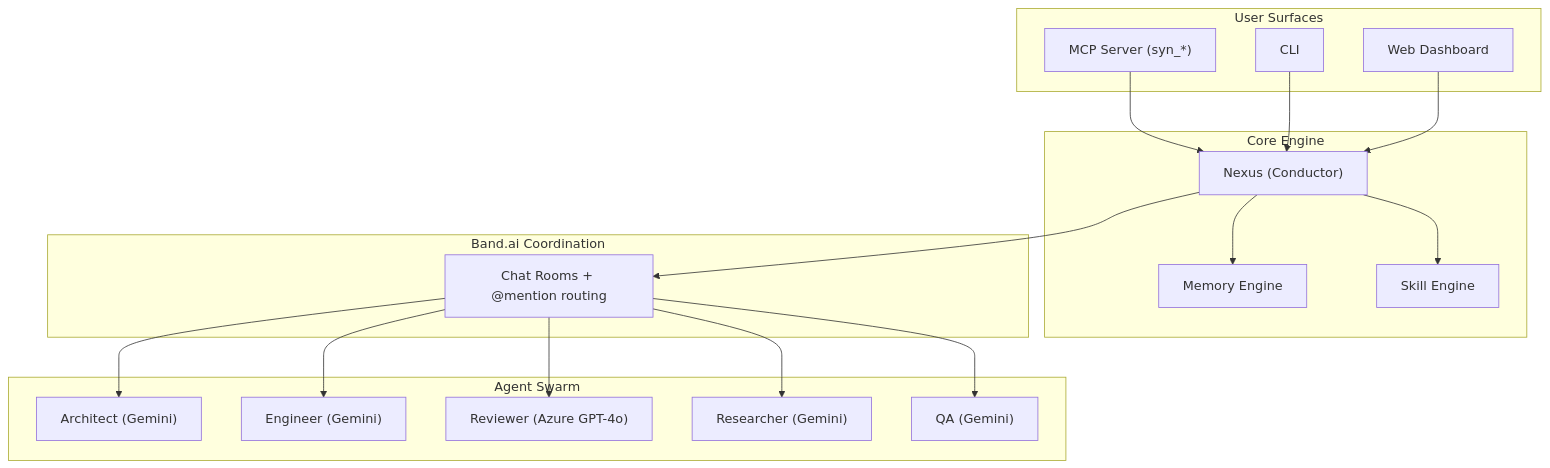
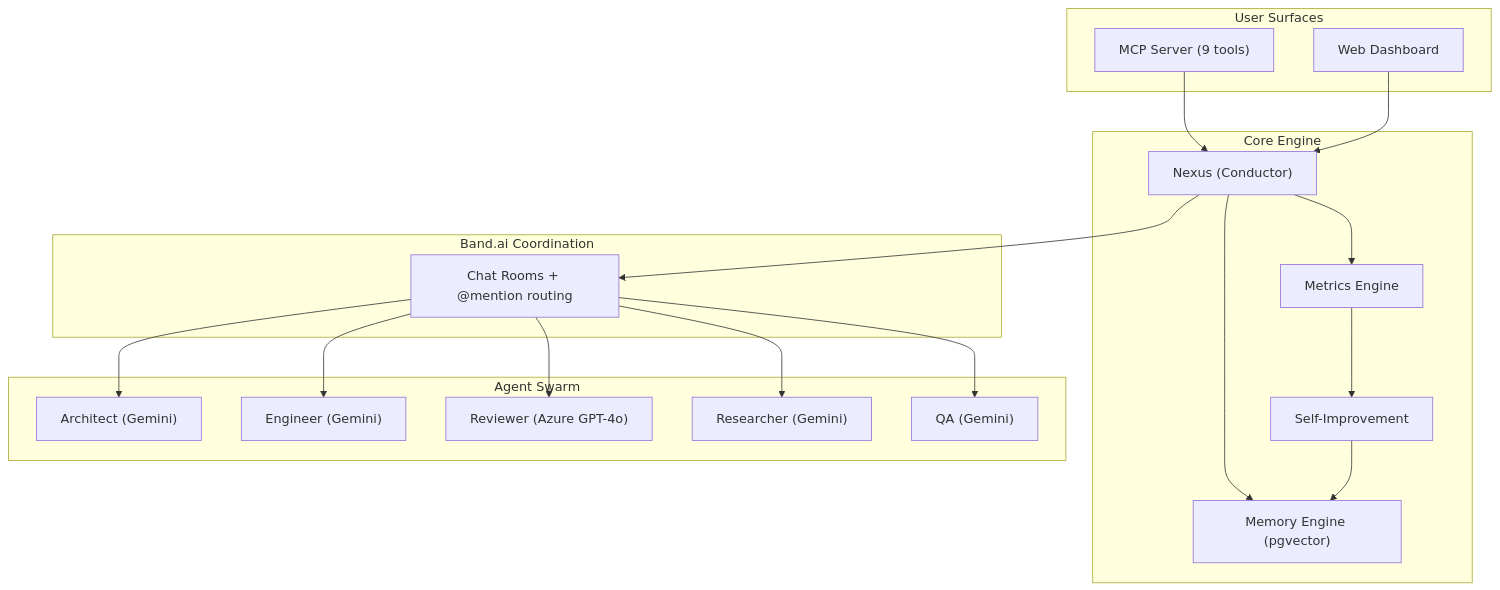
The first of 3 diagrams in README.md (Adit-Jain-srm/Vibe-Syndicate), drawn with Mermaid before and after one commit. The commit also changed other lines of this file, not shown here.

````diff
--- a/README.md
+++ b/README.md
@@ -26,38 +28,39 @@
 ```mermaid
 flowchart TB
     subgraph user [User Surfaces]
-        MCP["MCP Server (syn_*)"]
-        CLI["CLI"]
+        MCP["MCP Server (9 tools)"]
         Dashboard["Web Dashboard"]
     end
 
     subgraph core [Core Engine]
         Nexus["Nexus (Conductor)"]
-        Memory["Memory Engine"]
-        Skills["Skill Engine"]
+        Memory["Memory Engine (pgvector)"]
+        Metrics["Metrics Engine"]
+        SelfImprove["Self-Improvement"]
     end
 
     subgraph band [Band.ai Coordination]
         Rooms["Chat Rooms + @mention routing"]
     end
 
     subgraph swarm [Agent Swarm]
         Arch["Architect (Gemini)"]
         Eng["Engineer (Gemini)"]
         Rev["Reviewer (Azure GPT-4o)"]
         Res["Researcher (Gemini)"]
         QA_agent["QA (Gemini)"]
     end
 
     MCP --> Nexus
-    CLI --> Nexus
     Dashboard --> Nexus
     Nexus --> Memory
-    Nexus --> Skills
+    Nexus --> Metrics
     Nexus --> Rooms
     Rooms --> Arch
     Rooms --> Eng
     Rooms --> Rev
     Rooms --> Res
     Rooms --> QA_agent
+    Metrics --> SelfImprove
+    SelfImprove --> Memory
 ```
````
